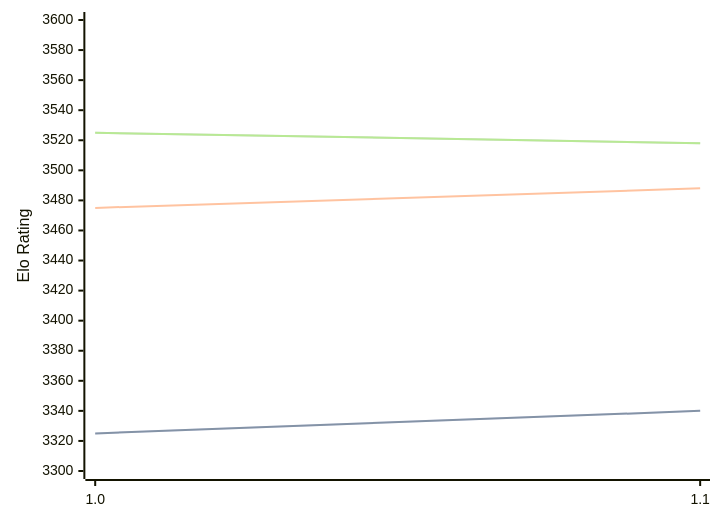
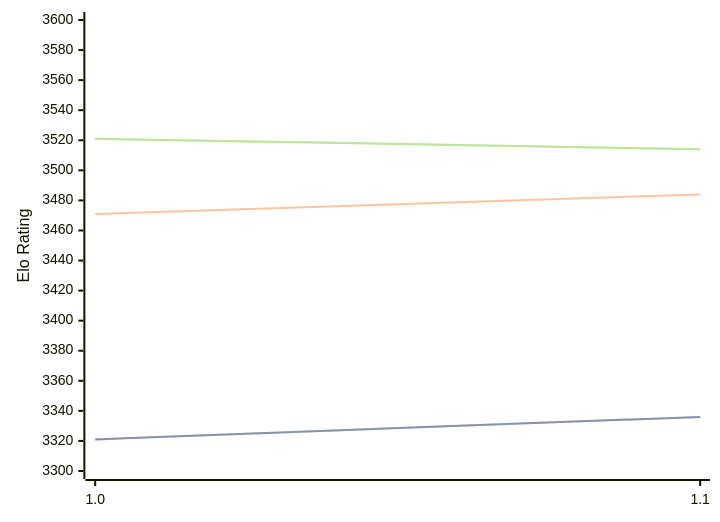
Before and after one commit to computer-chess-index/cci: the third of 3 diagrams in engines/Horsie.md, drawn with Mermaid. The commit also changed other lines of this file, not shown here.

Commit message:
Update CCI Ratings (ELO VLTC) - 2026-07-16

````diff
--- a/engines/Horsie.md
+++ b/engines/Horsie.md
@@ -65,11 +65,11 @@
 ```mermaid
 %%{init: {"theme":"base","themeVariables":{"seriesColors:['#a3a3a3','#222221','#faa371']}}}%%
 xychart-beta
   x-axis ["1.0", "1.1"]
   y-axis "Elo Rating" 3300 --> 3600
-  line "STC (8.0+0.08s)" [3325, 3340]
-  line "STC (8.0+0.08s)" [3325, 3340]
-  line "LTC (60.0+0.60s)" [3475, 3488]
-  line "VLTC (2m24s+1.12s)" [3525, 3518]
-  line "VLTC (2m24s+1.12s)" [3525, 3518]
+  line "STC (8.0+0.08s)" [3321, 3336]
+  line "STC (8.0+0.08s)" [3321, 3336]
+  line "LTC (60.0+0.60s)" [3471, 3484]
+  line "VLTC (2m24s+1.12s)" [3521, 3514]
+  line "VLTC (2m24s+1.12s)" [3521, 3514]
 ```
````
